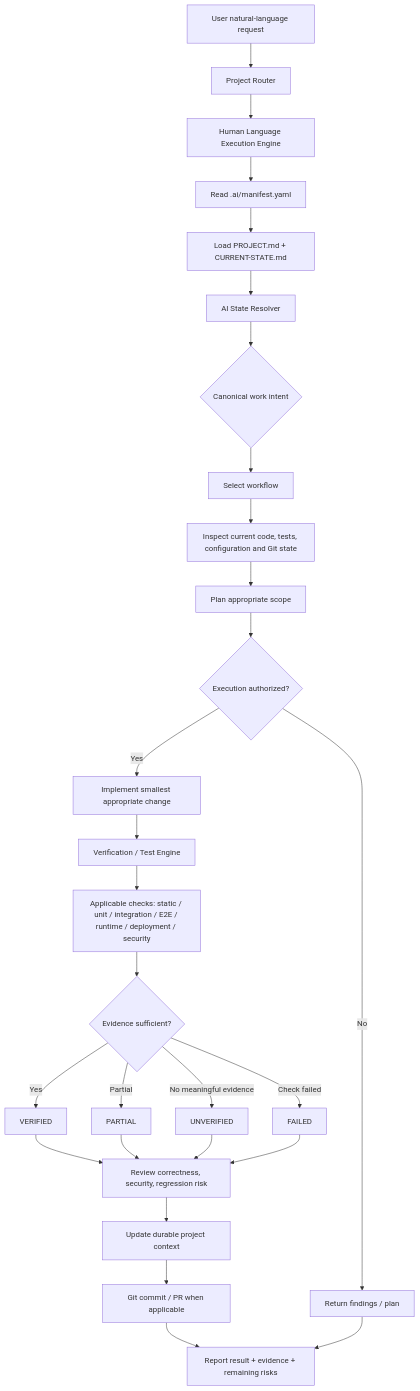
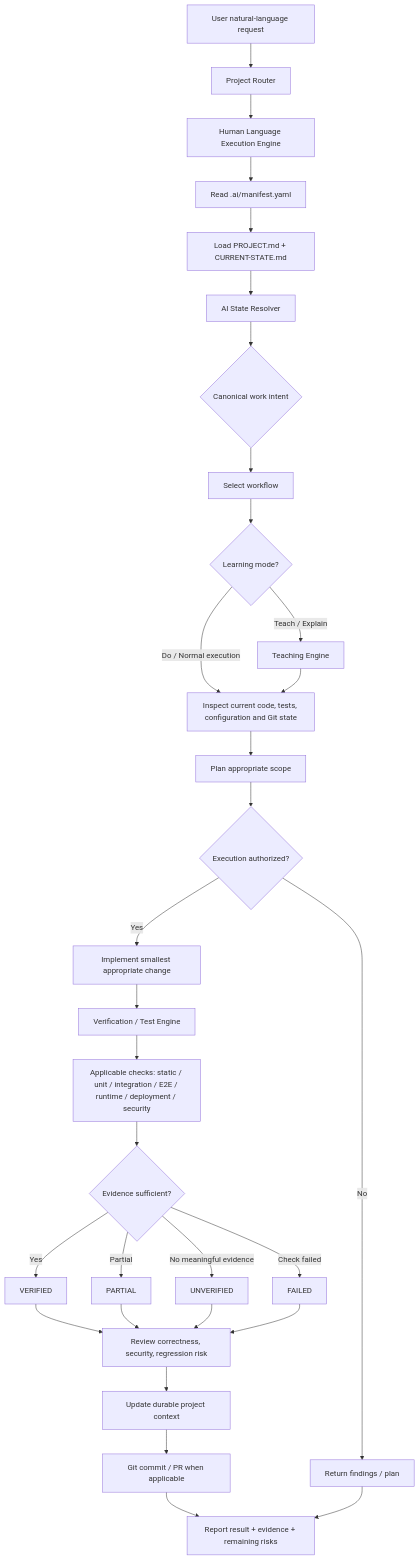
One commit to zzpsah/chatgpt-development-os changed the first of 3 diagrams in docs/ARCHITECTURE.md. Above: the diagram before and after it, drawn with Mermaid. The commit also changed other lines of this file, not shown here.

Commit message:
docs: integrate Teaching Engine into architecture

````diff
--- a/docs/ARCHITECTURE.md
+++ b/docs/ARCHITECTURE.md
@@ -5,30 +5,33 @@
 ```mermaid
 flowchart TD
     U[User natural-language request] --> R[Project Router]
     R --> H[Human Language Execution Engine]
     H --> M[Read .ai/manifest.yaml]
     M --> C[Load PROJECT.md + CURRENT-STATE.md]
     C --> S[AI State Resolver]
     S --> D{Canonical work intent}
     D --> W[Select workflow]
-    W --> I[Inspect current code, tests, configuration and Git state]
+    W --> L{Learning mode?}
+    L -->|Teach / Explain| TE[Teaching Engine]
+    L -->|Do / Normal execution| I[Inspect current code, tests, configuration and Git state]
+    TE --> I
     I --> P[Plan appropriate scope]
     P --> A{Execution authorized?}
     A -->|No| PL[Return findings / plan]
     A -->|Yes| X[Implement smallest appropriate change]
     X --> V[Verification / Test Engine]
     V --> T[Applicable checks: static / unit / integration / E2E / runtime / deployment / security]
     T --> E{Evidence sufficient?}
     E -->|Yes| QV[VERIFIED]
     E -->|Partial| QP[PARTIAL]
     E -->|No meaningful evidence| QU[UNVERIFIED]
     E -->|Check failed| QF[FAILED]
     QV --> Q[Review correctness, security, regression risk]
     QP --> Q
     QU --> Q
     QF --> Q
     Q --> N[Update durable project context]
     N --> G[Git commit / PR when applicable]
     G --> Z[Report result + evidence + remaining risks]
     PL --> Z
 ```
````
